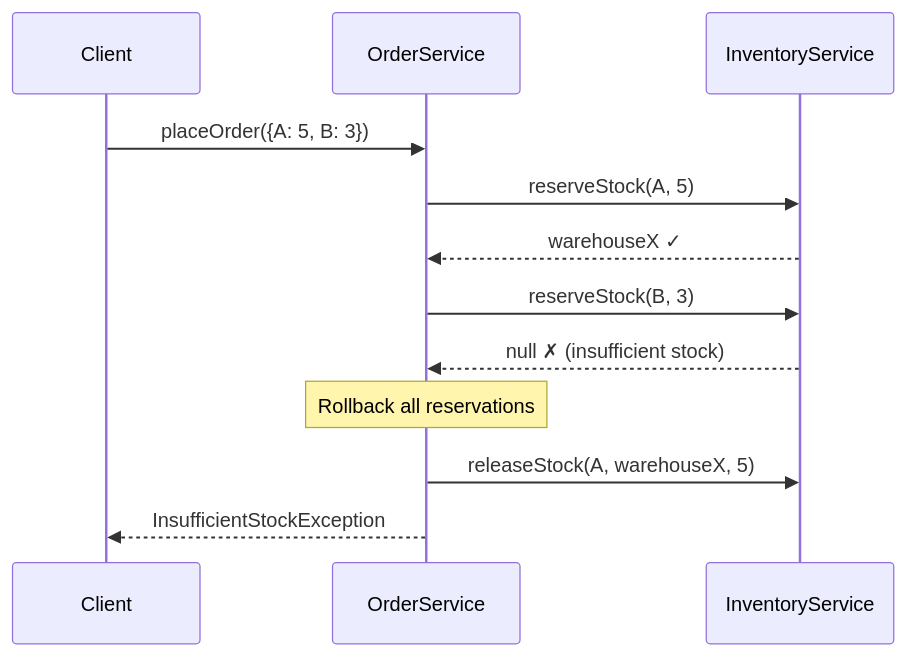
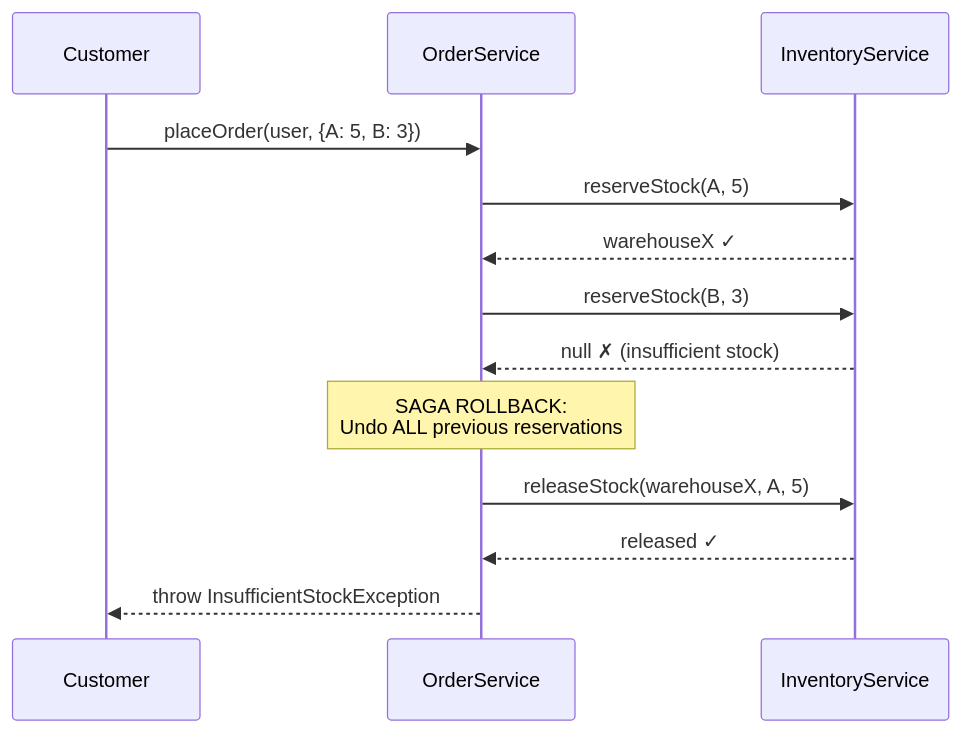
One commit to puja081/DesignPattern changed the third of 5 diagrams in src/main/java/com/design/inventory_management_system/README.md. Above: the diagram before and after it, drawn with Mermaid. The commit also changed other lines of this file and 1 other file, not shown here.

````diff
--- a/src/main/java/com/design/inventory_management_system/README.md
+++ b/src/main/java/com/design/inventory_management_system/README.md
@@ -248,17 +328,19 @@
 ```mermaid
 sequenceDiagram
-    participant C as Client
+    participant C as Customer
     participant OS as OrderService
     participant IS as InventoryService
 
-    C->>OS: placeOrder({A: 5, B: 3})
+    C->>OS: placeOrder(user, {A: 5, B: 3})
     OS->>IS: reserveStock(A, 5)
     IS-->>OS: warehouseX ✓
 
     OS->>IS: reserveStock(B, 3)
     IS-->>OS: null ✗ (insufficient stock)
 
-    Note over OS: Rollback all reservations
-    OS->>IS: releaseStock(A, warehouseX, 5)
-    OS-->>C: InsufficientStockException
+    Note over OS: SAGA ROLLBACK:<br/>Undo ALL previous reservations
+    OS->>IS: releaseStock(warehouseX, A, 5)
+    IS-->>OS: released ✓
+
+    OS-->>C: throw InsufficientStockException
 ```
````
